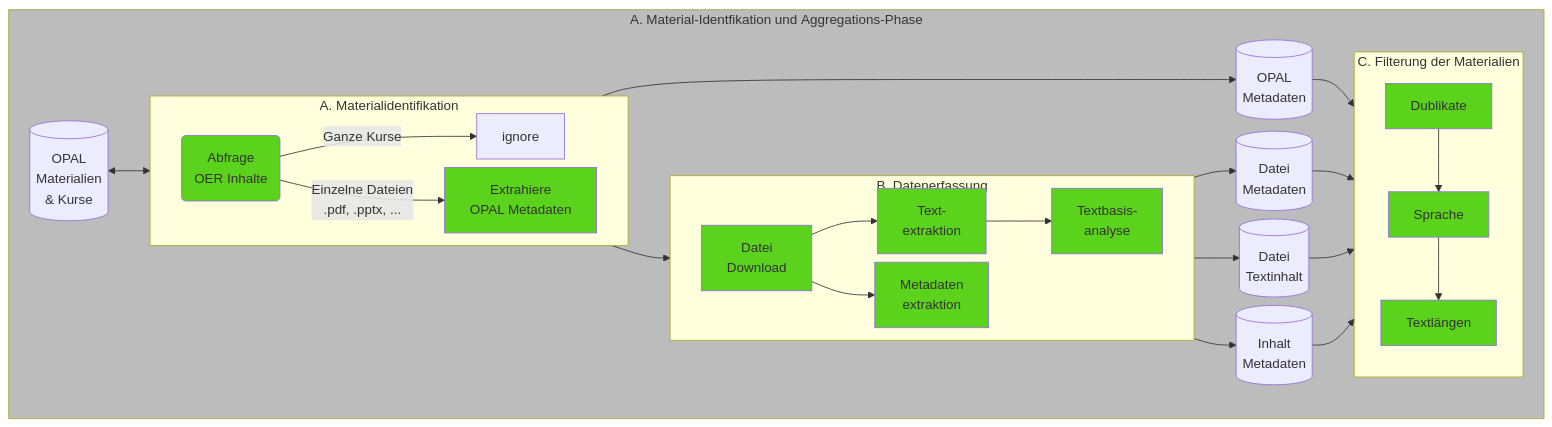
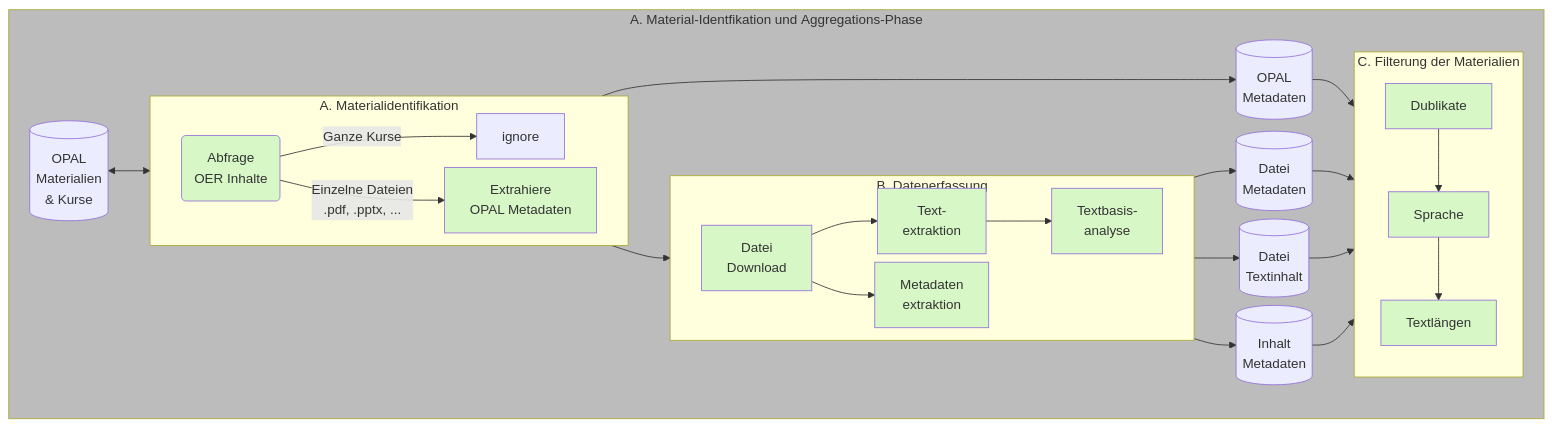
Before and after one commit to TUBAF-IFI-ConnectedLecturer/Data_aggregation: the first of 2 diagrams in README.md, drawn with Mermaid. The commit also changed other lines of this file, not shown here.

Commit message:
Change green class fill color in mermaid diagrams

````diff
--- a/README.md
+++ b/README.md
@@ -53,58 +53,58 @@
 ```mermaid
 flowchart
 %%{init:{'flowchart':{'nodeSpacing': 10, 'rankSpacing': 25}}}%%
 
-    classDef green fill:#5bd21c
+    classDef green fill:#d7f7c6
     classDef yellow fill:#ffd966
     classDef gray fill:#bcbcbc
 
 
     subgraph BASIC[A.&nbsp;Material‑Identfikation&nbsp;und&nbsp;Aggregations‑Phase]
 
     OPAL[(OPAL <br> Materialien <br> & Kurse)] 
 
     subgraph A. Materialidentifikation
     direction LR
     OPAL_QUERY(Abfrage <br>OER Inhalte):::green
     OPAL_QUERY --> |Ganze  Kurse| OPAL_REPOS[ignore]
     OPAL_QUERY --> |Einzelne Dateien<br> .pdf, .pptx, ...| TYPE_FILTER[Extrahiere <br>OPAL Metadaten]:::green
     
     end
     OPAL<--> OPAL_QUERY
 
     subgraph FILE_AGG["B. "Datenerfassung]
     direction LR
     FILE_DOWNLOAD[Datei<br>Download]:::green --> TEXT_EXTRAKTION[Text-<br>extraktion]:::green --> TEXT_ANALYSIS[Textbasis-<br>analyse]:::green
     FILE_DOWNLOAD --> FILE_METADATA_EXTRACTION[Metadaten<br>extraktion]:::green
     end
 
     TYPE_FILTER --> FILE_DOWNLOAD
 
     FILE_METADATA[(Datei<br>Metadaten)]
     FILE_METADATA_EXTRACTION --> FILE_METADATA
 
     OPAL_METADATA[(OPAL<br>Metadaten)]
     TYPE_FILTER -->  OPAL_METADATA
 
     OPAL_CONTENT[(Datei<br>Textinhalt)]
     TEXT_EXTRAKTION --> OPAL_CONTENT
 
     CONTENT_METADATA[(Inhalt<br> Metadaten)]
     TEXT_ANALYSIS --> CONTENT_METADATA
 
     subgraph FILTER["C. Filterung der Materialien"]
     direction TB
     Dublikate:::green --> Sprache:::green
     Sprache --> Textlängen:::green
     Textlängen:::green
     end
 
     CONTENT_METADATA --> FILTER
     FILE_METADATA --> FILTER
     OPAL_METADATA --> FILTER
     OPAL_CONTENT --> FILTER
 
     end
 
     class BASIC, gray
 ```
````
